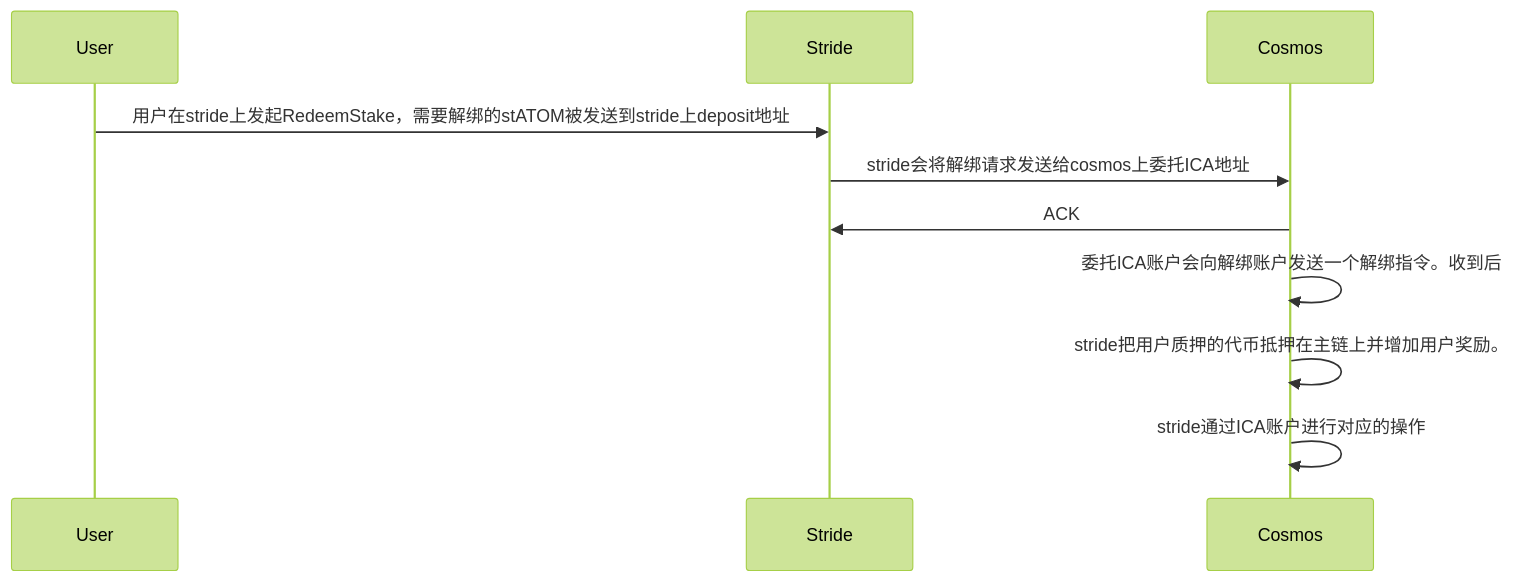
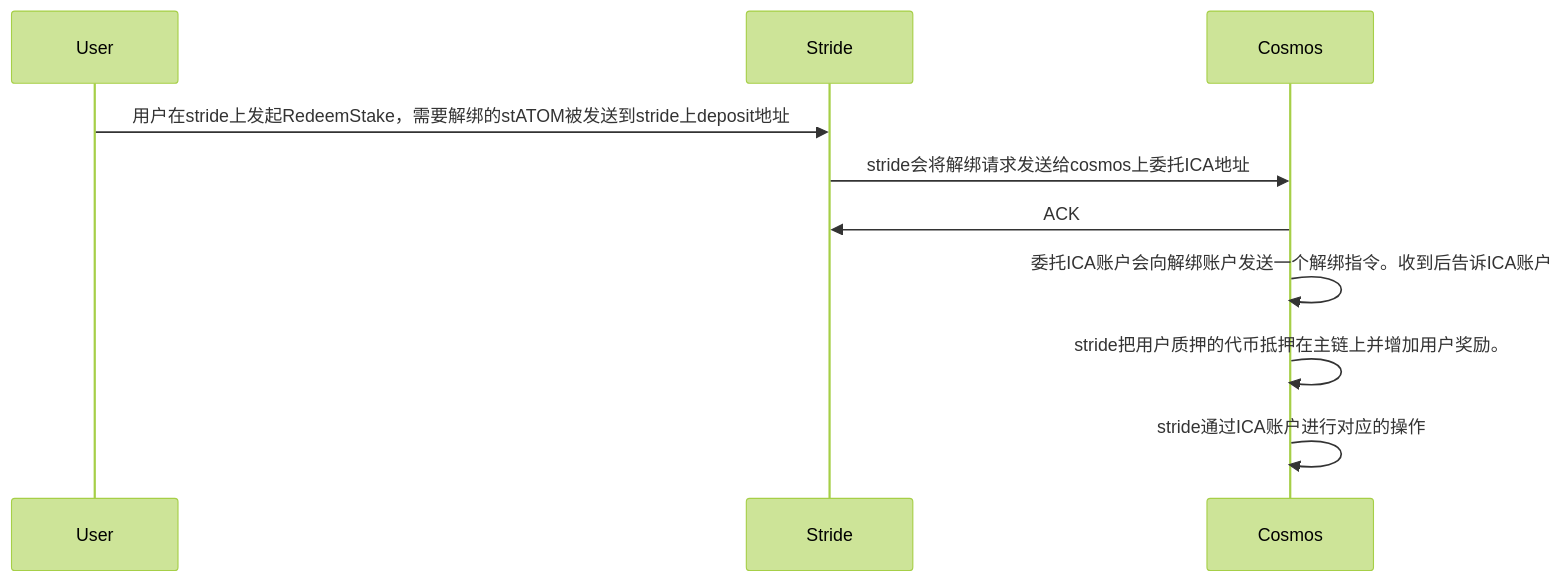
Before and after one commit to yingjianzh/iodraw-files: the diagram in all/unbonding.md, drawn with Mermaid (forest theme).

Commit message:
2024-03-28 15:16:16 update

````diff
--- a/all/unbonding.md
+++ b/all/unbonding.md
@@ -1,9 +1,9 @@
 ```mermaid
 sequenceDiagram
     User->>Stride: 用户在stride上发起RedeemStake，需要解绑的stATOM被发送到stride上deposit地址
     Stride->>Cosmos: stride会将解绑请求发送给cosmos上委托ICA地址
     Cosmos->>Stride: ACK
-    Cosmos->>Cosmos: 委托ICA账户会向解绑账户发送一个解绑指令。收到后
+    Cosmos->>Cosmos: 委托ICA账户会向解绑账户发送一个解绑指令。收到后告诉ICA账户
     Cosmos->>Cosmos: stride把用户质押的代币抵押在主链上并增加用户奖励。
     Cosmos->>Cosmos: stride通过ICA账户进行对应的操作
 ```
````
